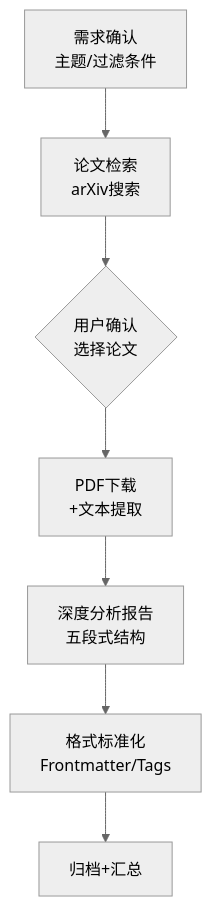
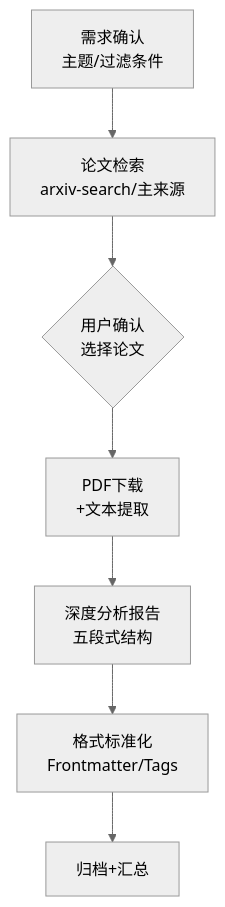
The first of 2 diagrams in paper-research/SKILL.md (Jwz-git/MySkills), drawn with Mermaid (neutral theme) before and after one commit. The commit also changed other lines of this file and 5 other files, not shown here.

````diff
--- a/paper-research/SKILL.md
+++ b/paper-research/SKILL.md
@@ -46,9 +45,9 @@
 ```mermaid
 flowchart TB
-    A["需求确认<br/>主题/过滤条件"] --> B["论文检索<br/>arXiv搜索"]
+    A["需求确认<br/>主题/过滤条件"] --> B["论文检索<br/>arxiv-search/主来源"]
     B --> C{"用户确认<br/>选择论文"}
     C --> D["PDF下载<br/>+文本提取"]
     D --> E["深度分析报告<br/>五段式结构"]
     E --> F["格式标准化<br/>Frontmatter/Tags"]
     F --> G["归档+汇总"]
 ```
````
